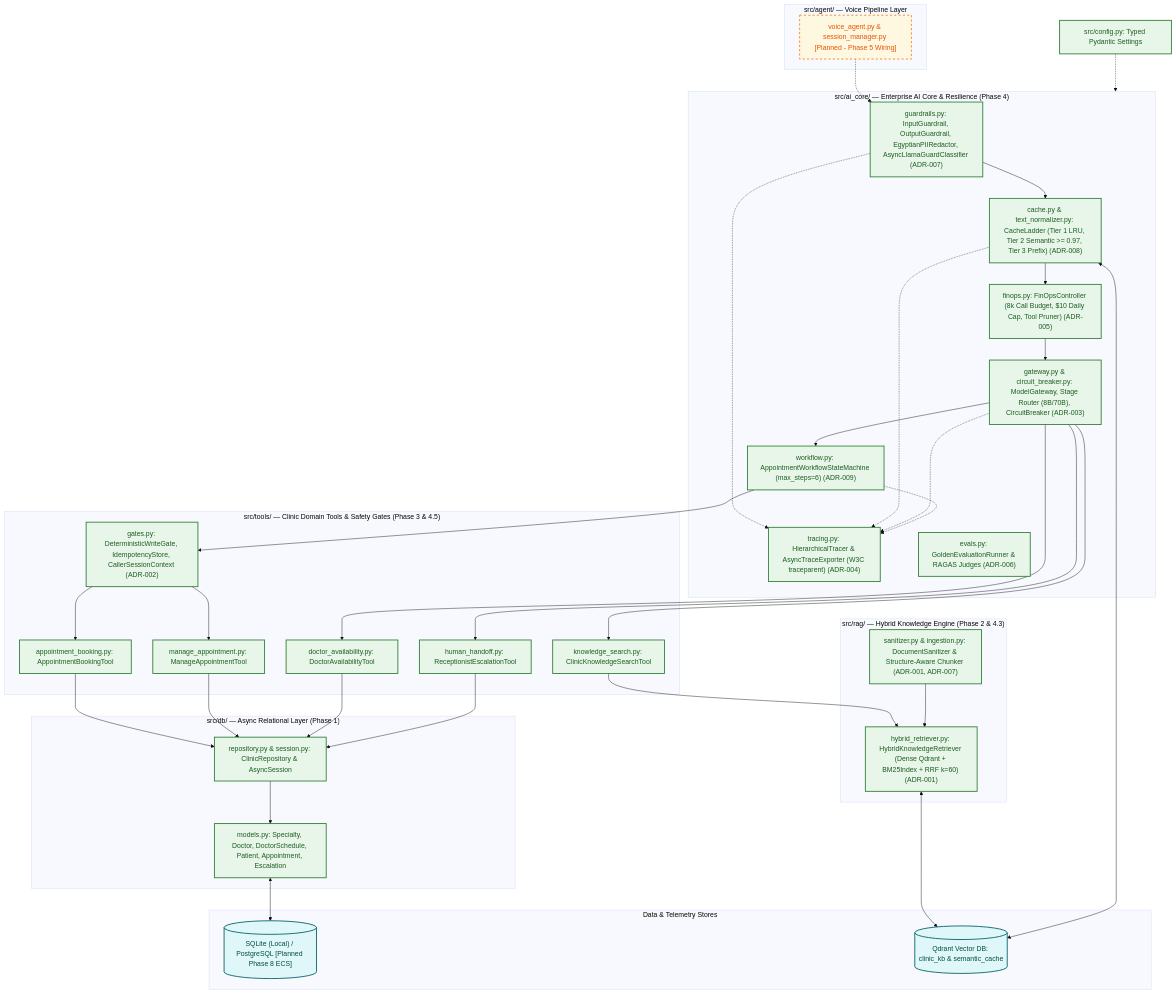
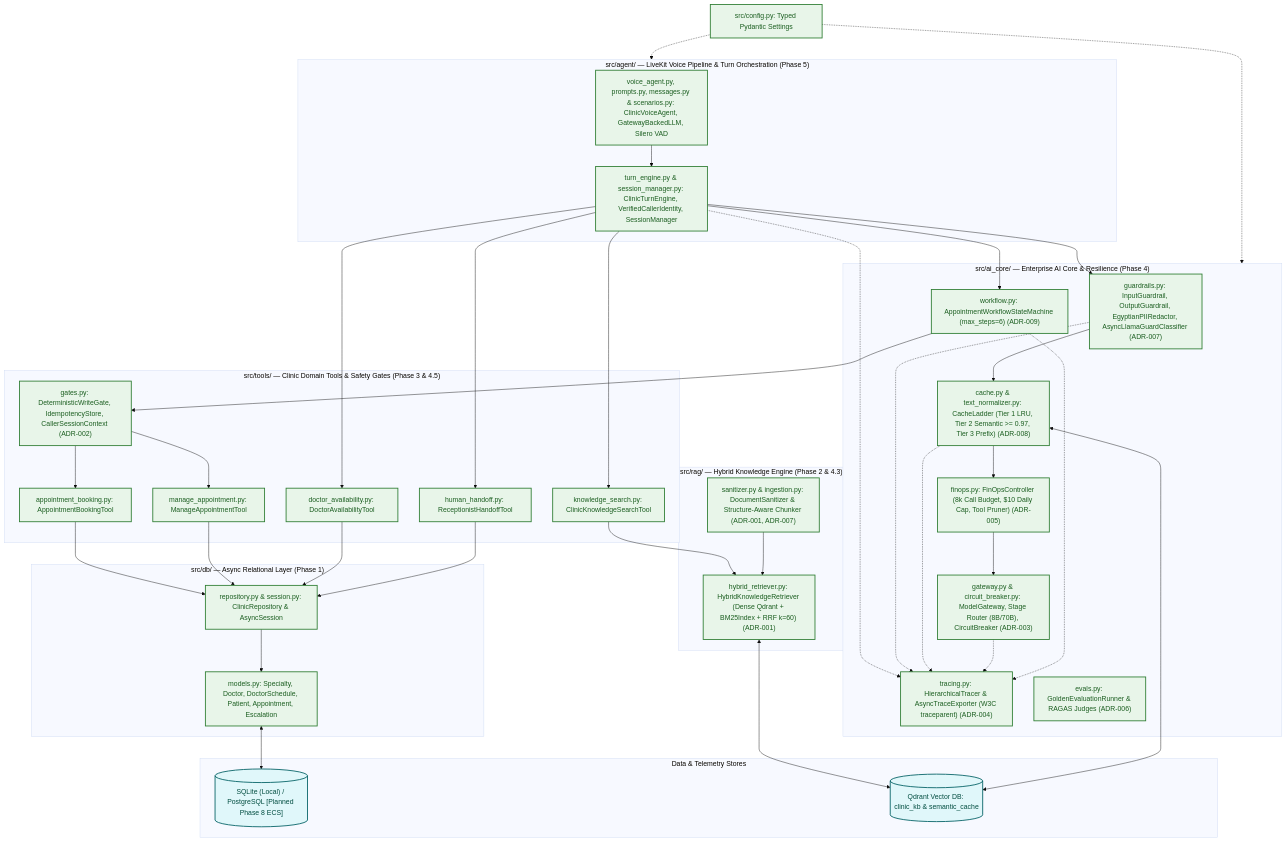
Before and after one commit to MaahmoudAbdelghany/Voice_Agent: the second of 6 diagrams in spec/architecture.md, drawn with Mermaid (base theme). The commit also changed other lines of this file and 43 other files, not shown here.

Commit message:
fix(phase5): resolve deep-review security, architecture, test isolation, and docs findings

````diff
--- a/spec/architecture.md
+++ b/spec/architecture.md
@@ -72,73 +72,77 @@
 ```mermaid
 flowchart TB
     classDef built fill:#e8f5e9,stroke:#2e7d32,stroke-width:2px,color:#1b5e20
     classDef planned fill:#fff8e1,stroke:#f57f17,stroke-width:2px,stroke-dasharray: 5 5,color:#e65100
     classDef storage fill:#e0f7fa,stroke:#006064,stroke-width:2px,color:#004d40
 
     Config["src/config.py: Typed Pydantic Settings"]:::built
 
-    subgraph AgentLayer["src/agent/ — Voice Pipeline Layer"]
-        VoiceAgent["voice_agent.py & session_manager.py [Planned - Phase 5 Wiring]"]:::planned
+    subgraph AgentLayer["src/agent/ — LiveKit Voice Pipeline & Turn Orchestration (Phase 5)"]
+        VoiceAgent["voice_agent.py, prompts.py, messages.py & scenarios.py: ClinicVoiceAgent, GatewayBackedLLM, Silero VAD"]:::built
+        TurnEngine["turn_engine.py & session_manager.py: ClinicTurnEngine, VerifiedCallerIdentity, SessionManager"]:::built
     end
 
     subgraph AICoreLayer["src/ai_core/ — Enterprise AI Core & Resilience (Phase 4)"]
         Guardrails["guardrails.py: InputGuardrail, OutputGuardrail, EgyptianPIIRedactor, AsyncLlamaGuardClassifier (ADR-007)"]:::built
         Cache["cache.py & text_normalizer.py: CacheLadder (Tier 1 LRU, Tier 2 Semantic >= 0.97, Tier 3 Prefix) (ADR-008)"]:::built
         FinOps["finops.py: FinOpsController (8k Call Budget, $10 Daily Cap, Tool Pruner) (ADR-005)"]:::built
         Gateway["gateway.py & circuit_breaker.py: ModelGateway, Stage Router (8B/70B), CircuitBreaker (ADR-003)"]:::built
         Workflow["workflow.py: AppointmentWorkflowStateMachine (max_steps=6) (ADR-009)"]:::built
         Tracing["tracing.py: HierarchicalTracer & AsyncTraceExporter (W3C traceparent) (ADR-004)"]:::built
         Evals["evals.py: GoldenEvaluationRunner & RAGAS Judges (ADR-006)"]:::built
     end
 
     subgraph ToolsLayer["src/tools/ — Clinic Domain Tools & Safety Gates (Phase 3 & 4.5)"]
         Gates["gates.py: DeterministicWriteGate, IdempotencyStore, CallerSessionContext (ADR-002)"]:::built
         BookingTool["appointment_booking.py: AppointmentBookingTool"]:::built
         ManageTool["manage_appointment.py: ManageAppointmentTool"]:::built
         AvailTool["doctor_availability.py: DoctorAvailabilityTool"]:::built
         KBTool["knowledge_search.py: ClinicKnowledgeSearchTool"]:::built
-        HandoffTool["human_handoff.py: ReceptionistEscalationTool"]:::built
+        HandoffTool["human_handoff.py: ReceptionistHandoffTool"]:::built
     end
 
     subgraph RAGLayer["src/rag/ — Hybrid Knowledge Engine (Phase 2 & 4.3)"]
         Sanitizer["sanitizer.py & ingestion.py: DocumentSanitizer & Structure-Aware Chunker (ADR-001, ADR-007)"]:::built
         HybridRet["hybrid_retriever.py: HybridKnowledgeRetriever (Dense Qdrant + BM25Index + RRF k=60) (ADR-001)"]:::built
     end
 
     subgraph DBLayer["src/db/ — Async Relational Layer (Phase 1)"]
         Repo["repository.py & session.py: ClinicRepository & AsyncSession"]:::built
         Models["models.py: Specialty, Doctor, DoctorSchedule, Patient, Appointment, Escalation"]:::built
     end
 
     subgraph DataStores["Data & Telemetry Stores"]
         SQLitePG[("SQLite (Local) / PostgreSQL [Planned Phase 8 ECS]")]:::storage
         QdrantStore[("Qdrant Vector DB: clinic_kb & semantic_cache")]:::storage
     end
 
-    VoiceAgent -.-> Guardrails
+    VoiceAgent --> TurnEngine
+    TurnEngine --> Guardrails
     Guardrails --> Cache
     Cache --> FinOps
     FinOps --> Gateway
-    Gateway --> Workflow
+    TurnEngine --> Workflow
     Workflow --> Gates
     Gates --> BookingTool
     Gates --> ManageTool
-    Gateway --> AvailTool
-    Gateway --> KBTool
-    Gateway --> HandoffTool
+    TurnEngine --> AvailTool
+    TurnEngine --> KBTool
+    TurnEngine --> HandoffTool
     KBTool --> HybridRet
     Sanitizer --> HybridRet
     HybridRet <--> QdrantStore
     Cache <--> QdrantStore
     BookingTool --> Repo
     ManageTool --> Repo
     AvailTool --> Repo
     HandoffTool --> Repo
     Repo --> Models
     Models <--> SQLitePG
+    TurnEngine -.-> Tracing
     Guardrails -.-> Tracing
     Cache -.-> Tracing
     Gateway -.-> Tracing
     Workflow -.-> Tracing
+    Config -.-> AgentLayer
     Config -.-> AICoreLayer
 ```
````
